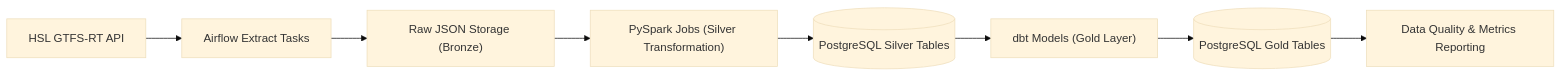
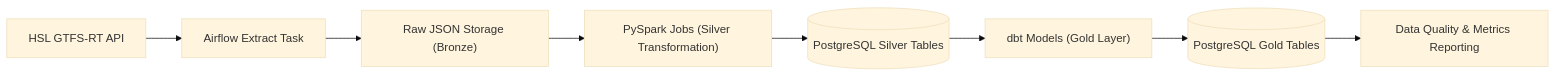
One commit to jestebanpelaez18/hsl-gtfs-realtime-pipeline changed the diagram in README.md. Above: the diagram before and after it, drawn with Mermaid (base theme). The commit also changed other lines of this file, not shown here.

````diff
--- a/README.md
+++ b/README.md
@@ -42,10 +43,10 @@
 ```mermaid
 graph LR
-    A["HSL GTFS-RT API"] --> B["Airflow Extract Tasks"]
+    A["HSL GTFS-RT API"] --> B["Airflow Extract Task"]
     B --> C["Raw JSON Storage (Bronze)"]
     C --> D["PySpark Jobs (Silver Transformation)"]
     D --> E[("PostgreSQL Silver Tables")]
     E --> F["dbt Models (Gold Layer)"]
     F --> G[("PostgreSQL Gold Tables")]
     G --> H["Data Quality & Metrics Reporting"]
 ```
````
